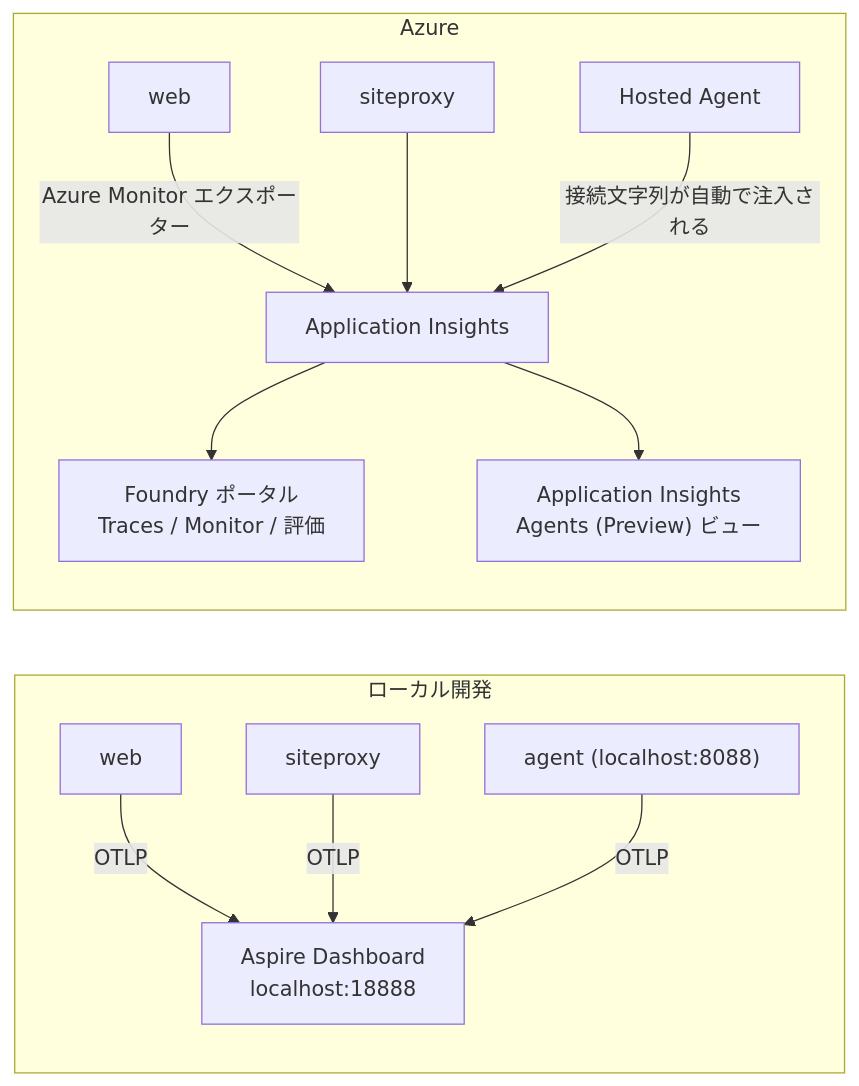
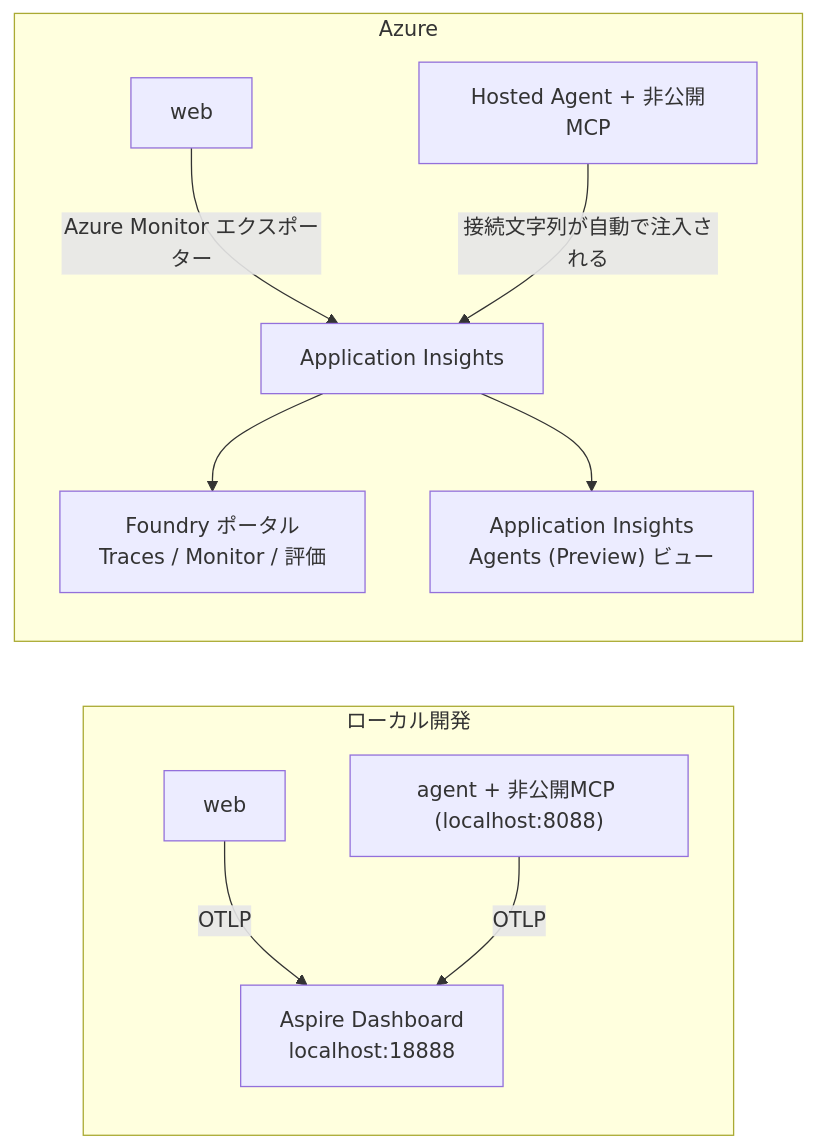
One commit to tokawa-ms/azure-updates-cowork-starter-demo changed the fifth of 5 diagrams in docs/design.md. Above: the diagram before and after it, drawn with Mermaid. The commit also changed other lines of this file and 219 other files, not shown here.

````diff
--- a/docs/design.md
+++ b/docs/design.md
@@ -1240,15 +1190,13 @@
 ```mermaid
 flowchart LR
   subgraph Local["ローカル開発"]
     W1["web"] -- OTLP --> AD["Aspire Dashboard<br/>localhost:18888"]
-    P1["siteproxy"] -- OTLP --> AD
-    A1["agent (localhost:8088)"] -- OTLP --> AD
+    A1["agent + 非公開MCP (localhost:8088)"] -- OTLP --> AD
   end
   subgraph Azure["Azure"]
     W2["web"] -- "Azure Monitor エクスポーター" --> AI["Application Insights"]
-    P2["siteproxy"] --> AI
-    A2["Hosted Agent"] -- "接続文字列が自動で注入される" --> AI
+    A2["Hosted Agent + 非公開MCP"] -- "接続文字列が自動で注入される" --> AI
     AI --> FP["Foundry ポータル<br/>Traces / Monitor / 評価"]
     AI --> AV["Application Insights<br/>Agents (Preview) ビュー"]
   end
 ```
````
